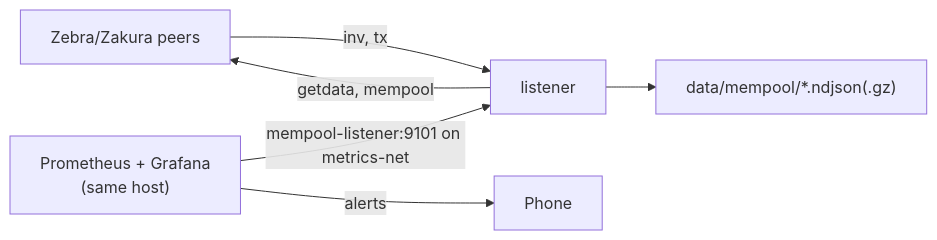
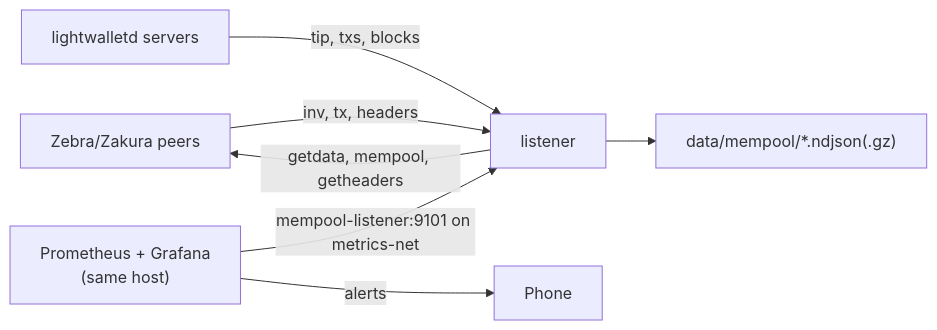
The diagram in deploy/mempool/README.md (ShieldedLabs/ziggurat-zcash), drawn with Mermaid before and after one commit. The commit also changed other lines of this file and 7 other files, not shown here.

First line of the commit message:
mempool-listener: ask peers for headers and log their heights

````diff
--- a/deploy/mempool/README.md
+++ b/deploy/mempool/README.md
@@ -5,8 +5,9 @@
 ```mermaid
 flowchart LR
-  P["Zebra/Zakura peers"] -->|inv, tx| L[listener]
-  L -->|getdata, mempool| P
+  P["Zebra/Zakura peers"] -->|inv, tx, headers| L[listener]
+  L -->|getdata, mempool, getheaders| P
+  S["lightwalletd servers"] -->|tip, txs, blocks| L
   L --> D["data/mempool/*.ndjson(.gz)"]
   M["Prometheus + Grafana<br/>(same host)"] -->|"mempool-listener:9101 on metrics-net"| L
   M -->|alerts| Phone
 ```
````
